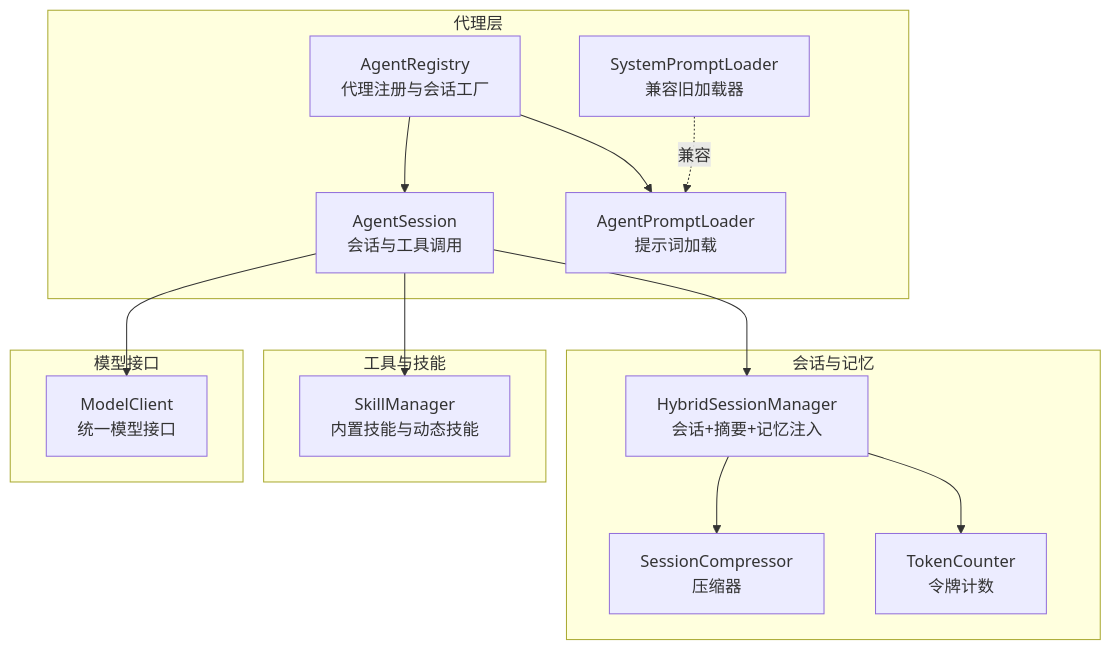
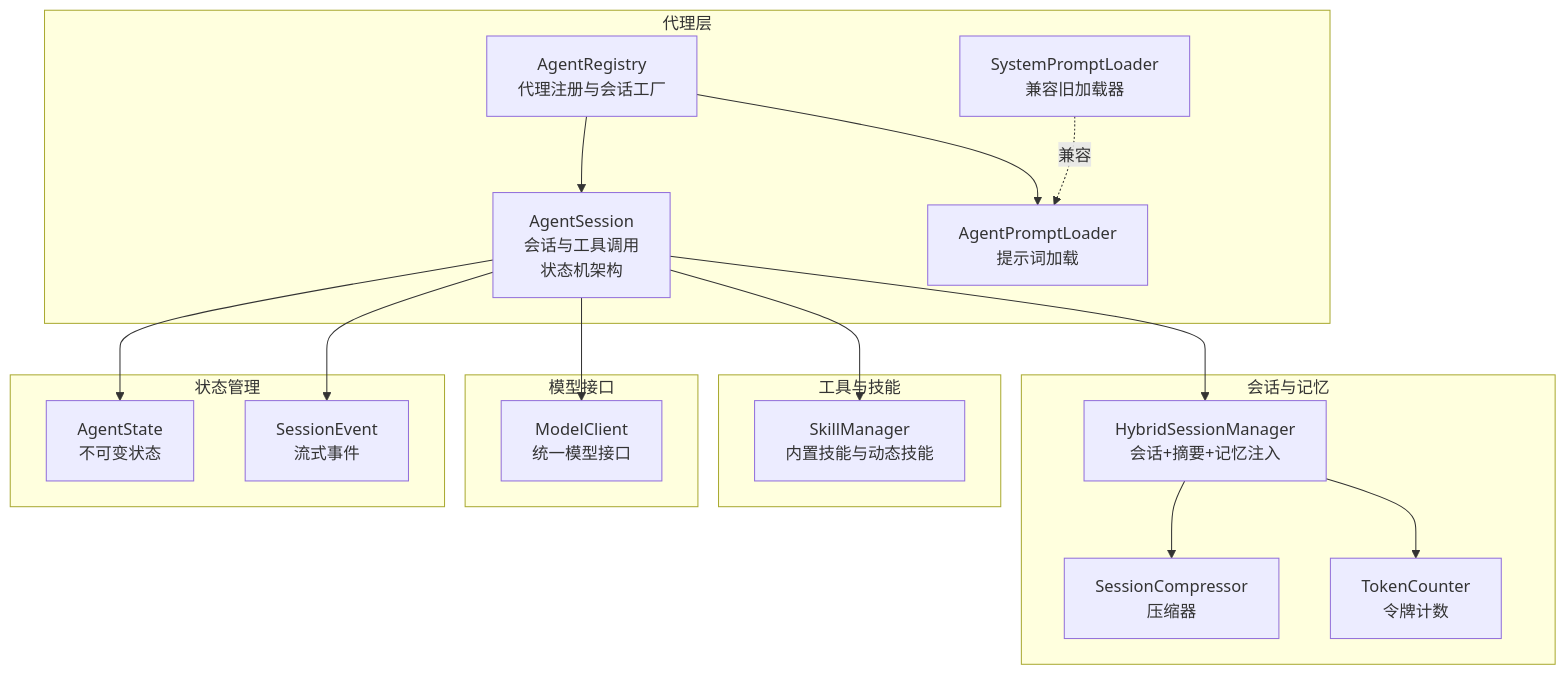
One commit to guuyn/OpenClaw-Android changed the first of 8 diagrams in .qoder/repowiki/zh/content/核心模块/AI对话系统/AI对话系统.md. Above: the diagram before and after it, drawn with Mermaid. The commit also changed other lines of this file and 4 other files, not shown here.

````diff
--- a/.qoder/repowiki/zh/content/核心模块/AI对话系统/AI对话系统.md
+++ b/.qoder/repowiki/zh/content/核心模块/AI对话系统/AI对话系统.md
@@ -44,28 +54,32 @@
 ```mermaid
 graph TB
 subgraph "代理层"
 AR["AgentRegistry<br/>代理注册与会话工厂"]
-AS["AgentSession<br/>会话与工具调用"]
+AS["AgentSession<br/>会话与工具调用<br/>状态机架构"]
 APL["AgentPromptLoader<br/>提示词加载"]
 SPL["SystemPromptLoader<br/>兼容旧加载器"]
 end
 subgraph "会话与记忆"
 HSM["HybridSessionManager<br/>会话+摘要+记忆注入"]
 SC["SessionCompressor<br/>压缩器"]
 TC["TokenCounter<br/>令牌计数"]
 end
 subgraph "工具与技能"
 SM["SkillManager<br/>内置技能与动态技能"]
 end
 subgraph "模型接口"
 MC["ModelClient<br/>统一模型接口"]
 end
+subgraph "状态管理"
+AS --> AGS["AgentState<br/>不可变状态"]
+AS --> SE["SessionEvent<br/>流式事件"]
+end
 AR --> AS
 AR --> APL
 AS --> MC
 AS --> SM
 AS --> HSM
 HSM --> SC
 HSM --> TC
 SPL -. 兼容 .-> APL
 ```
````
